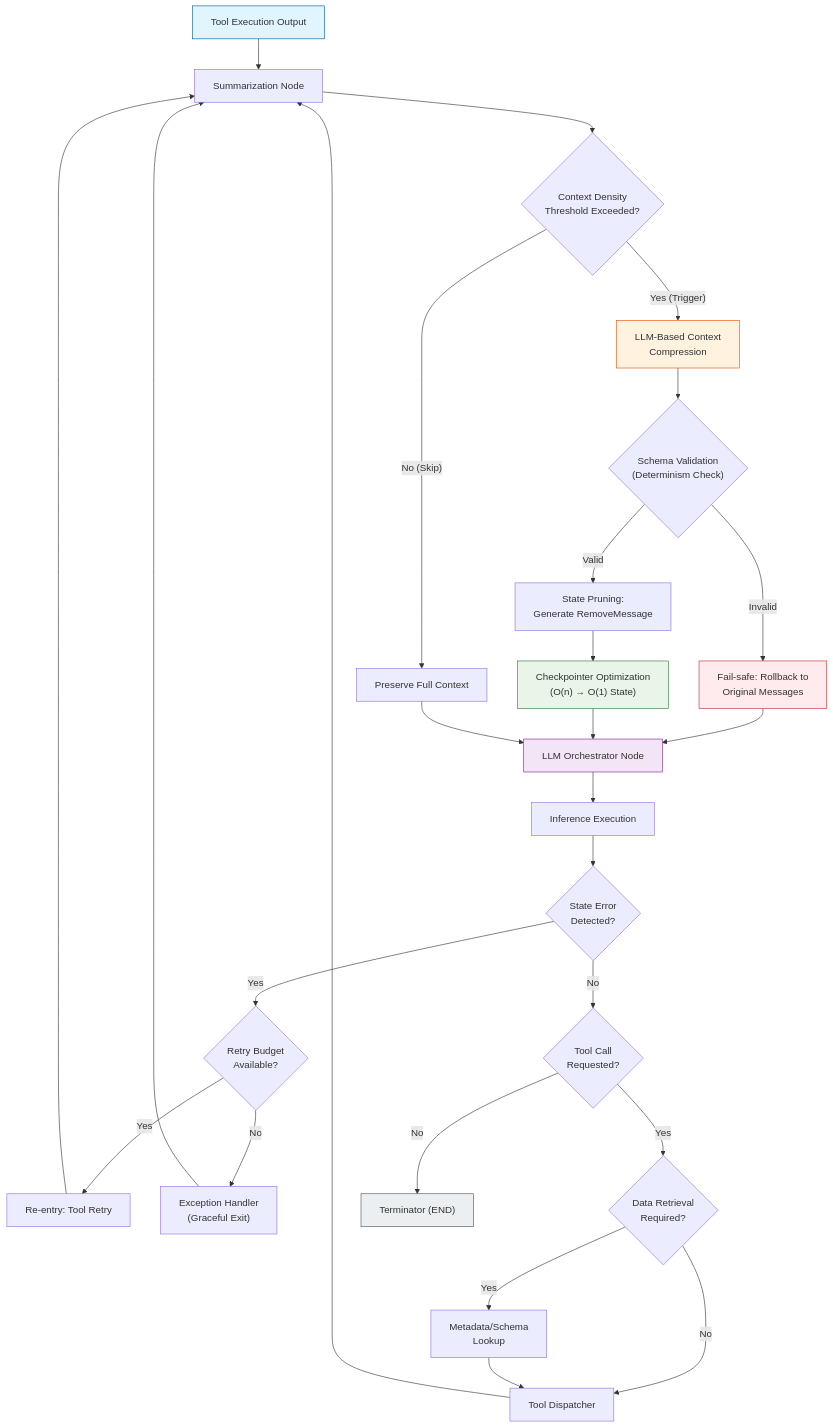
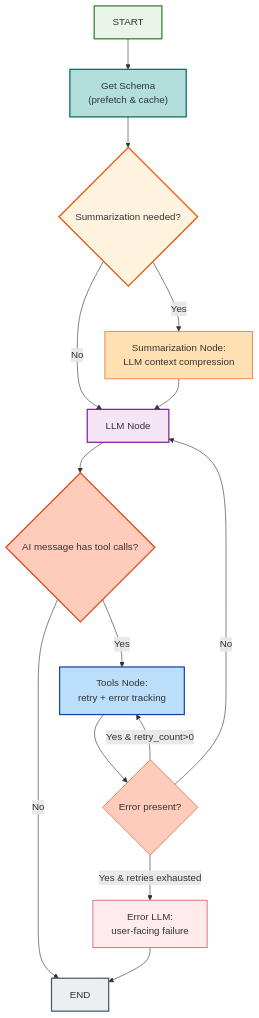
One commit to phaa/dyno-agent changed the first of 2 diagrams in docs/TECHNICAL_ARCHITECTURE.md. Above: the diagram before and after it, drawn with Mermaid. The commit also changed other lines of this file and 1 other file, not shown here.

````diff
--- a/docs/TECHNICAL_ARCHITECTURE.md
+++ b/docs/TECHNICAL_ARCHITECTURE.md
@@ -836,45 +836,32 @@
 ```mermaid
 flowchart TD
-    A["Tool Execution Output"] --> B["Summarization Node"]
-    B --> C{"Context Density<br/>Threshold Exceeded?"}
-    
-    C -->|"No (Skip)"| D["Preserve Full Context"]
-    C -->|"Yes (Trigger)"| E["LLM-Based Context<br/>Compression"]
-    
-    E --> F{"Schema Validation<br/>(Determinism Check)"}
-    F -->|"Invalid"| G["Fail-safe: Rollback to<br/>Original Messages"]
-    F -->|"Valid"| H["State Pruning:<br/>Generate RemoveMessage"]
-    
-    H --> I["Checkpointer Optimization<br/>(O(n) → O(1) State)"]
-    
-    G --> J["LLM Orchestrator Node"]
-    I --> J
-    D --> J
-    
-    J --> K["Inference Execution"]
-    K --> L{"State Error<br/>Detected?"}
-    
-    L -->|"Yes"| M{"Retry Budget<br/>Available?"}
-    L -->|"No"| N{"Tool Call<br/>Requested?"}
-    
-    M -->|"Yes"| O["Re-entry: Tool Retry"]
-    M -->|"No"| P["Exception Handler<br/>(Graceful Exit)"]
-    
-    N -->|"Yes"| Q{"Data Retrieval<br/>Required?"}
-    N -->|"No"| R["Terminator (END)"]
-    
-    Q -->|"Yes"| S["Metadata/Schema<br/>Lookup"]
-    Q -->|"No"| T["Tool Dispatcher"]
-    
-    S --> T
-    O --> B
-    T --> B
-    P --> B
-    
-    style A fill:#e1f5fe,stroke:#01579b
-    style E fill:#fff3e0,stroke:#e65100
-    style I fill:#e8f5e8,stroke:#2e7d32
-    style G fill:#ffebee,stroke:#c62828
-    style J fill:#f3e5f5,stroke:#7b1fa2
-    style R fill:#eceff1,stroke:#455a64
+    START["START"] --> GET_SCHEMA["Get Schema<br/>(prefetch & cache)"]
+    GET_SCHEMA --> ROUTE_SCHEMA{"Summarization needed?"}
+
+    ROUTE_SCHEMA -->|"Yes"| SUMMARIZE["Summarization Node:<br/>LLM context compression"]
+    ROUTE_SCHEMA -->|"No"| LLM["LLM Node"]
+
+    SUMMARIZE --> LLM
+
+    LLM --> ROUTE_LLM{"AI message has tool calls?"}
+    ROUTE_LLM -->|"Yes"| TOOLS["Tools Node:<br/>retry + error tracking"]
+    ROUTE_LLM -->|"No"| END["END"]
+
+    TOOLS --> ROUTE_TOOLS{"Error present?"}
+    ROUTE_TOOLS -->|"Yes & retry_count>0"| TOOLS
+    ROUTE_TOOLS -->|"Yes & retries exhausted"| ERROR_LLM["Error LLM:<br/>user-facing failure"]
+    ROUTE_TOOLS -->|"No"| LLM
+
+    ERROR_LLM --> END
+
+    style START fill:#e8f5e8,stroke:#2e7d32,stroke-width:2px
+    style GET_SCHEMA fill:#b2dfdb,stroke:#00695c,stroke-width:2px
+    style ROUTE_SCHEMA fill:#fff3e0,stroke:#e65100,stroke-width:2px
+    style SUMMARIZE fill:#ffe0b2,stroke:#e65100
+    style LLM fill:#f3e5f5,stroke:#7b1fa2,stroke-width:2px
+    style ROUTE_LLM fill:#ffccbc,stroke:#d84315,stroke-width:2px
+    style TOOLS fill:#bbdefb,stroke:#0d47a1,stroke-width:2px
+    style ROUTE_TOOLS fill:#ffccbc,stroke:#d84315
+    style ERROR_LLM fill:#ffebee,stroke:#c62828
+    style END fill:#eceff1,stroke:#455a64,stroke-width:2px
 ```
````
